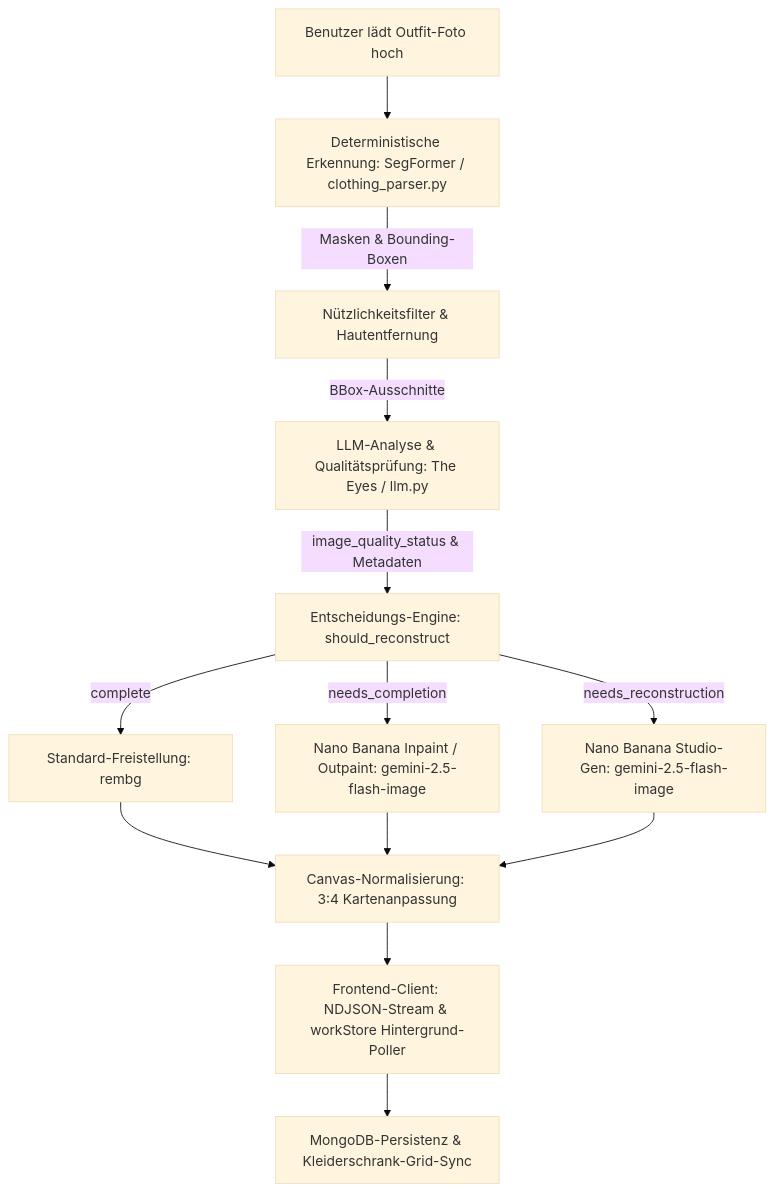
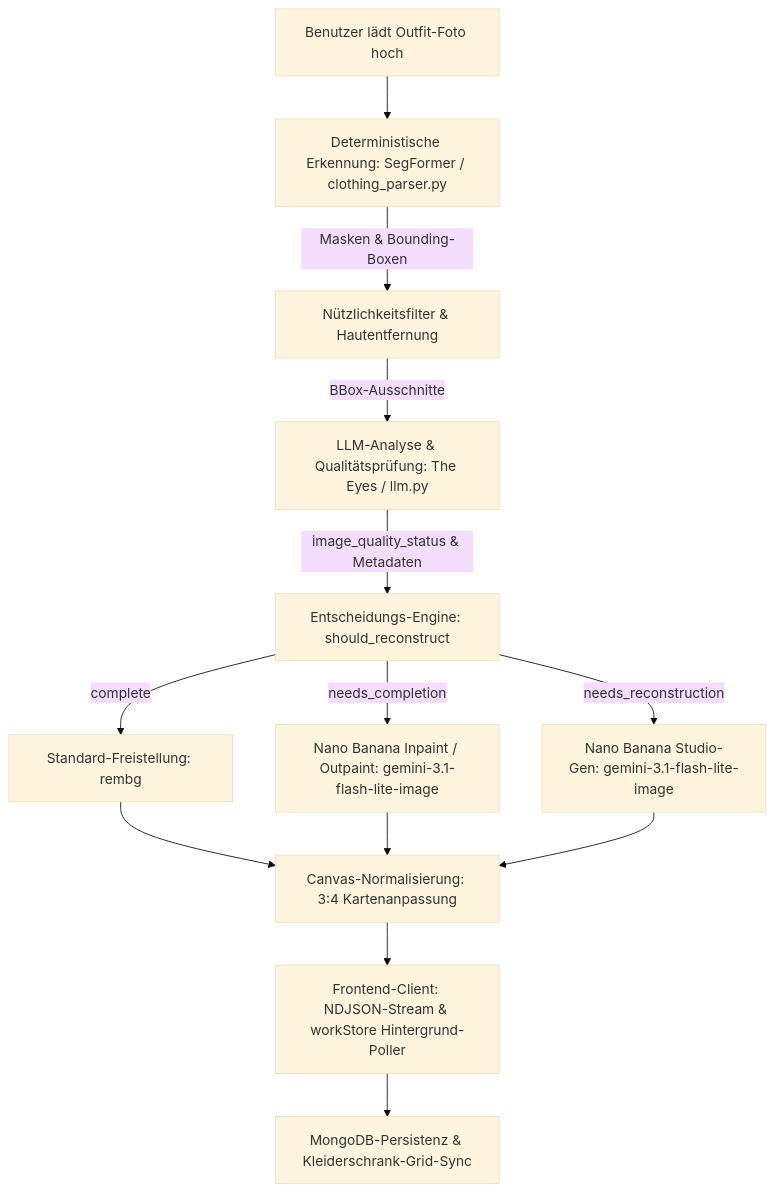
One commit to Yoram-Jacobs/DressAppV1 changed the diagram in wiki/de/garmentvision.md. Above: the diagram before and after it, drawn with Mermaid (base theme). The commit also changed other lines of this file and 66 other files, not shown here.

````diff
--- a/wiki/de/garmentvision.md
+++ b/wiki/de/garmentvision.md
@@ -18,17 +18,17 @@
 ```mermaid
 graph TD
     A[Benutzer lädt Outfit-Foto hoch] --> B[Deterministische Erkennung: SegFormer / clothing_parser.py]
     B -->|Masken & Bounding-Boxen| C[Nützlichkeitsfilter & Hautentfernung]
     C -->|BBox-Ausschnitte| D[LLM-Analyse & Qualitätsprüfung: The Eyes / llm.py]
     D -->|image_quality_status & Metadaten| E[Entscheidungs-Engine: should_reconstruct]
     
     E -->|complete| F[Standard-Freistellung: rembg]
-    E -->|needs_completion| G[Nano Banana Inpaint / Outpaint: gemini-2.5-flash-image]
-    E -->|needs_reconstruction| H[Nano Banana Studio-Gen: gemini-2.5-flash-image]
+    E -->|needs_completion| G[Nano Banana Inpaint / Outpaint: gemini-3.1-flash-lite-image]
+    E -->|needs_reconstruction| H[Nano Banana Studio-Gen: gemini-3.1-flash-lite-image]
     
     F --> I[Canvas-Normalisierung: 3:4 Kartenanpassung]
     G --> I
     H --> I
     I --> J[Frontend-Client: NDJSON-Stream & workStore Hintergrund-Poller]
     J --> K[MongoDB-Persistenz & Kleiderschrank-Grid-Sync]
 ```
````
